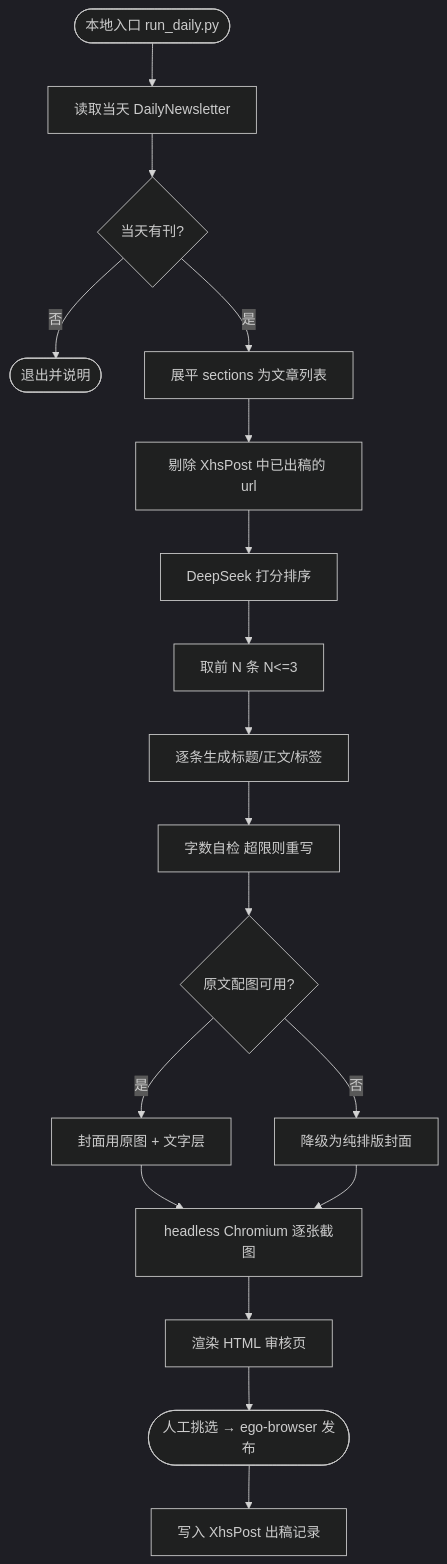
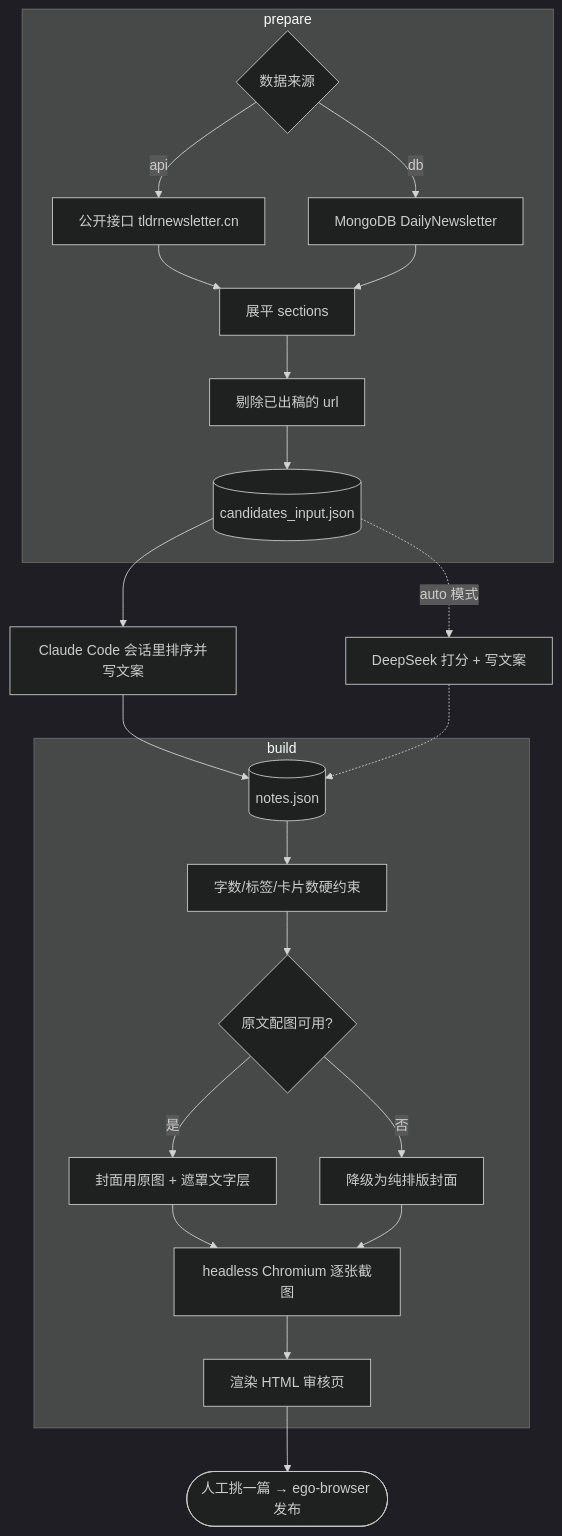
The diagram in docs/plans/2026-08-10-001-feat-xhs-auto-pipeline-plan.md (CTlandu/TLDR_Chinese), drawn with Mermaid (dark theme) before and after one commit. The commit also changed other lines of this file, not shown here.

Commit message:
docs(xhs): 计划文档同步实际实现——两段模式、去重拆分、超时调整与验证状态

````diff
--- a/docs/plans/2026-08-10-001-feat-xhs-auto-pipeline-plan.md
+++ b/docs/plans/2026-08-10-001-feat-xhs-auto-pipeline-plan.md
@@ -31,20 +33,29 @@
 ```mermaid
 flowchart TB
-  START([本地入口 run_daily.py]) --> LOAD[读取当天 DailyNewsletter]
-  LOAD --> HASNEWS{当天有刊?}
-  HASNEWS -->|否| EXIT([退出并说明])
-  HASNEWS -->|是| FLATTEN[展平 sections 为文章列表]
-  FLATTEN --> DEDUP[剔除 XhsPost 中已出稿的 url]
-  DEDUP --> SCORE[DeepSeek 打分排序]
-  SCORE --> TOP[取前 N 条 N<=3]
-  TOP --> COPY[逐条生成标题/正文/标签]
-  COPY --> LIMIT[字数自检 超限则重写]
-  LIMIT --> IMG{原文配图可用?}
-  IMG -->|是| COVERIMG[封面用原图 + 文字层]
-  IMG -->|否| COVERPLAIN[降级为纯排版封面]
-  COVERIMG --> SHOT[headless Chromium 逐张截图]
-  COVERPLAIN --> SHOT
-  SHOT --> REVIEW[渲染 HTML 审核页]
-  REVIEW --> PICK([人工挑选 → ego-browser 发布])
-  PICK --> RECORD[写入 XhsPost 出稿记录]
+  subgraph prepare[prepare]
+    SRC{数据来源}
+    SRC -->|api| FETCHAPI[公开接口 tldrnewsletter.cn]
+    SRC -->|db| FETCHDB[MongoDB DailyNewsletter]
+    FETCHAPI --> FLATTEN[展平 sections]
+    FETCHDB --> FLATTEN
+    FLATTEN --> DEDUP[剔除已出稿的 url]
+    DEDUP --> INPUT[(candidates_input.json)]
+  end
+
+  INPUT --> SESSION[Claude Code 会话里排序并写文案]
+  SESSION --> NOTES[(notes.json)]
+  INPUT -.->|auto 模式| DS[DeepSeek 打分 + 写文案]
+  DS -.-> NOTES
+
+  subgraph build[build]
+    NOTES --> NORM[字数/标签/卡片数硬约束]
+    NORM --> IMG{原文配图可用?}
+    IMG -->|是| COVERIMG[封面用原图 + 遮罩文字层]
+    IMG -->|否| COVERPLAIN[降级为纯排版封面]
+    COVERIMG --> SHOT[headless Chromium 逐张截图]
+    COVERPLAIN --> SHOT
+    SHOT --> REVIEW[渲染 HTML 审核页]
+  end
+
+  REVIEW --> PICK([人工挑一篇 → ego-browser 发布])
 ```
````
